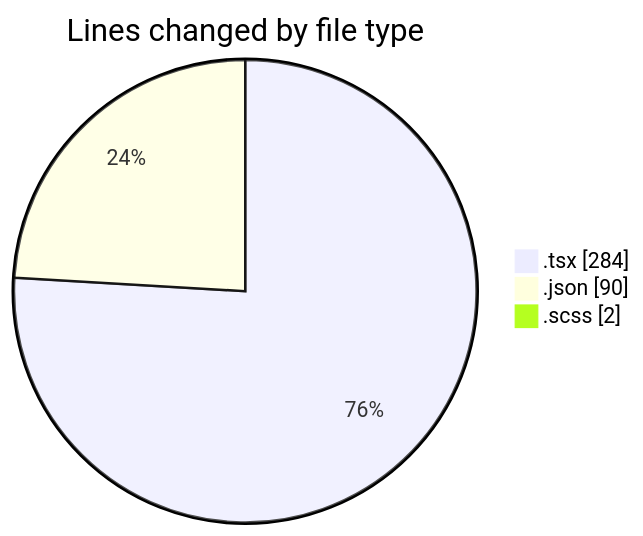
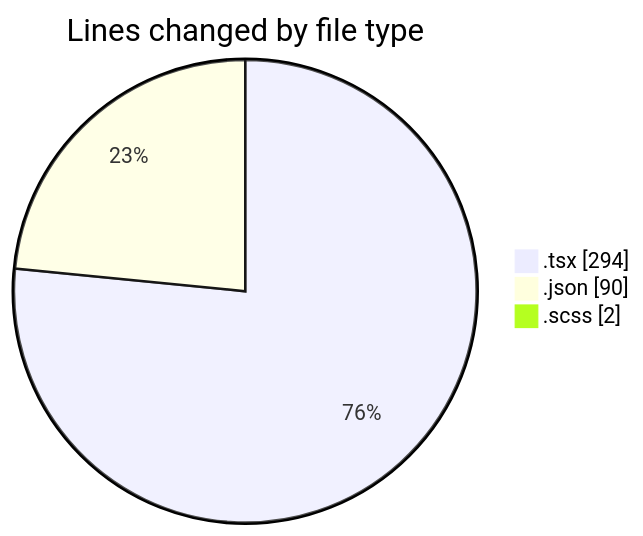
Before and after one commit to momahboobian/code-tracking: the first of 2 diagrams in 2026-05-13/cda/README.md, drawn with Mermaid. The commit also changed other lines of this file and 1 other file, not shown here.

````diff
--- a/2026-05-13/cda/README.md
+++ b/2026-05-13/cda/README.md
@@ -24,7 +24,7 @@
 ```mermaid
 pie showData
 title Lines changed by file type
-".tsx" : 284
+".tsx" : 294
 ".json" : 90
 ".scss" : 2
 ```
````
